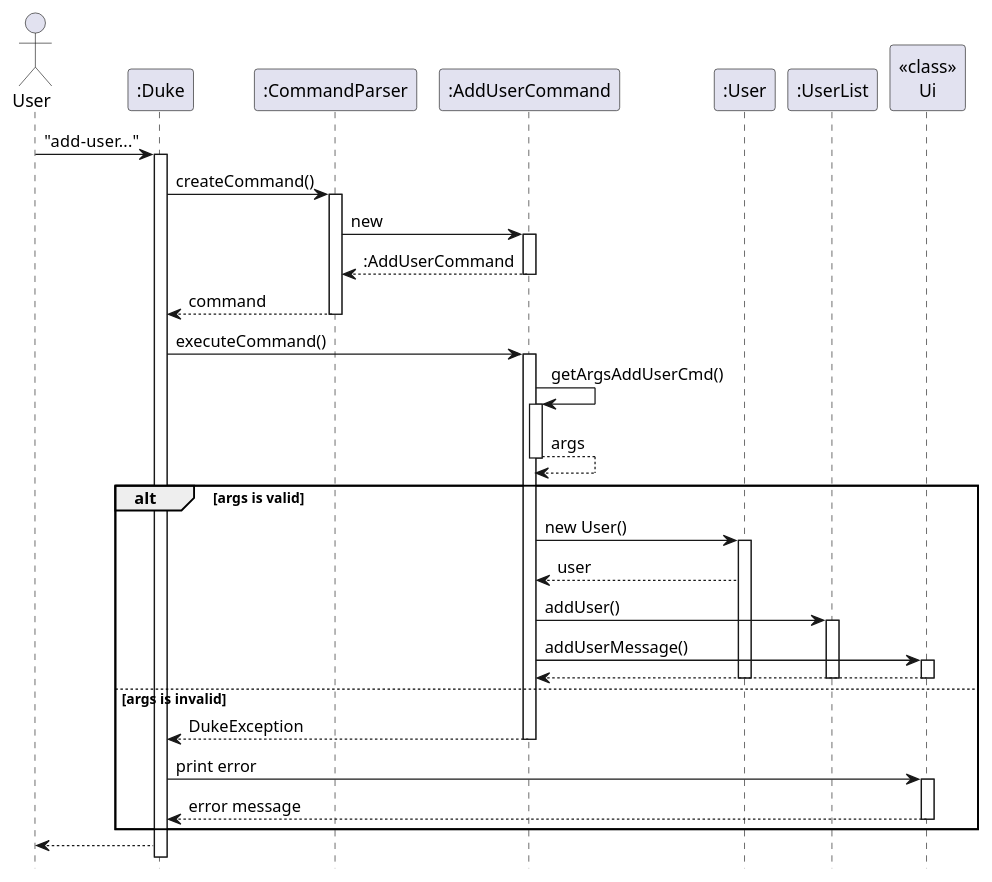
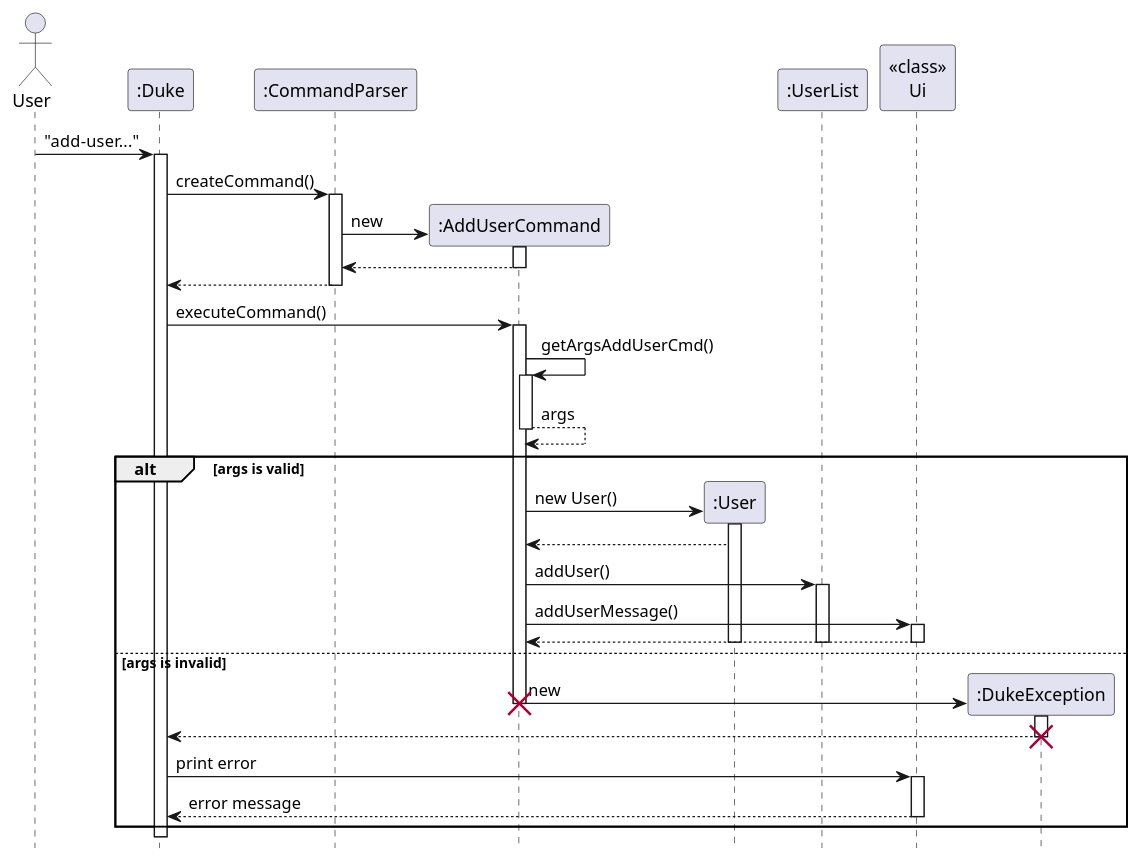
One commit to nus-cs2113-AY2223S1/tp changed the diagram in docs/diagrams/user/AddUserSequence.puml. Above: the diagram before and after it, drawn with PlantUML. The commit also changed 13 other files, not shown here.

Commit message:
Update diagrams

```diff
--- a/docs/diagrams/user/AddUserSequence.puml
+++ b/docs/diagrams/user/AddUserSequence.puml
@@ -1,39 +1,42 @@
 @startuml
 hide footbox
 Actor User
 "User" -> ":Duke": "add-user..."
 activate ":Duke"
 ":Duke" -> ":CommandParser": createCommand()
 activate ":CommandParser"
-":CommandParser" -> ":AddUserCommand": new
+":CommandParser" -> ":AddUserCommand" **: new
 activate ":AddUserCommand"
-return :AddUserCommand
-":CommandParser" --> ":Duke": command
+return
+":CommandParser" --> ":Duke"
 deactivate
 ":Duke" -> ":AddUserCommand" : executeCommand()
 activate ":AddUserCommand"
 ":AddUserCommand" -> ":AddUserCommand": getArgsAddUserCmd()
 activate ":AddUserCommand"
 return args
 alt args is valid
-    ":AddUserCommand" -> ":User": new User()
+    ":AddUserCommand" -> ":User"**: new User()
     activate ":User"
-    ":User" --> ":AddUserCommand": user
+    ":User" --> ":AddUserCommand"
     ":AddUserCommand" -> ":UserList": addUser()
     activate ":UserList"
     ":AddUserCommand" -> "<<class>>\nUi": addUserMessage()
     activate "<<class>>\nUi"
     return
     deactivate ":UserList"
     deactivate "<<class>>\nUi"
     deactivate ":User"
 else args is invalid
-    ":AddUserCommand" --> ":Duke" : DukeException
-    deactivate ":AddUserCommand"
+    ":AddUserCommand" -> ":DukeException"** : new
+    destroy ":AddUserCommand"
+    activate ":DukeException"
+    ":DukeException" --> ":Duke"
+    destroy ":DukeException"
     ":Duke" -> "<<class>>\nUi" : print error
     activate "<<class>>\nUi"
     "<<class>>\nUi" --> ":Duke" : error message
     deactivate "<<class>>\nUi"
 end
-":Duke" --> "User"
+
 @enduml
```
